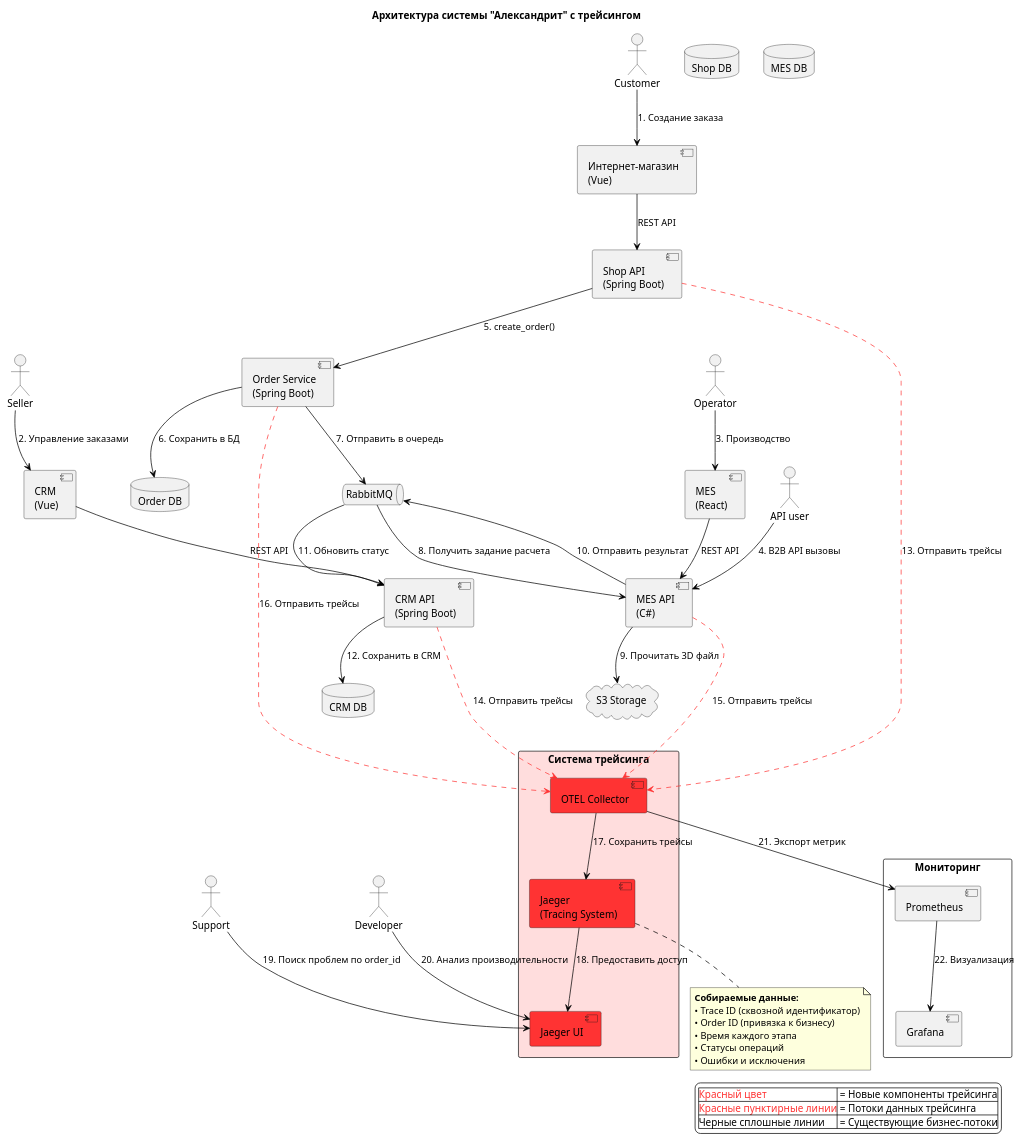
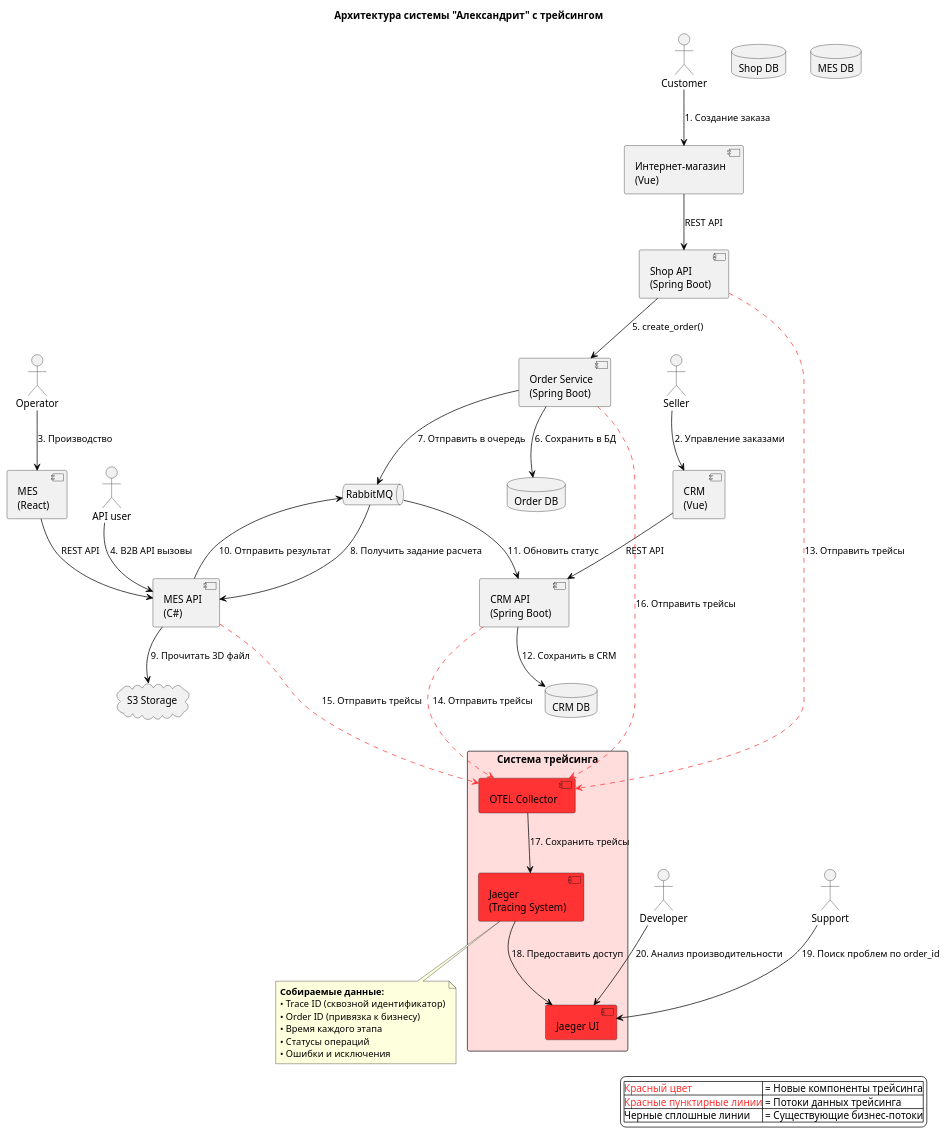
The diagram in Task3/traceDiagram.puml (VeronikaShevchuk/architecture-alexandrite), drawn with PlantUML before and after one commit. The commit also changed 2 other files, not shown here.

```diff
--- a/Task3/traceDiagram.puml
+++ b/Task3/traceDiagram.puml
@@ -1,115 +1,103 @@
 @startuml
 title Архитектура системы "Александрит" с трейсингом
 
 skinparam {
   BackgroundColor #FFFFFF
   DefaultFontColor #000000
   FontSize 12
   ArrowColor #000000
   BorderColor #666666
 }
 
 ' Пользователи
 actor "Customer" as customer
 actor "Seller" as seller  
 actor "API user" as api_user
 actor "Operator" as operator
 actor "Support" as support
 actor "Developer" as developer
 
 ' Фронтенд-приложения
 component "Интернет-магазин\n(Vue)" as shop_front
 component "CRM\n(Vue)" as crm_front  
 component "MES\n(React)" as mes_front
 
 ' Бэкенд-сервисы
 component "Shop API\n(Spring Boot)" as shop_api
 component "CRM API\n(Spring Boot)" as crm_api
 component "MES API\n(C#)" as mes_api
 component "Order Service\n(Spring Boot)" as order_service
 
 ' Инфраструктура
 queue "RabbitMQ" as rabbitmq
 database "Shop DB" as shop_db
 database "CRM DB" as crm_db
 database "MES DB" as mes_db
 database "Order DB" as order_db
 cloud "S3 Storage" as s3_storage
 
 ' Система трейсинга (новые компоненты - красным)
 rectangle "Система трейсинга" #FDD {
   component "Jaeger\n(Tracing System)" as jaeger #FF3333
   component "OTEL Collector" as otel_collector #FF3333
   component "Jaeger UI" as jaeger_ui #FF3333
 }
 
-' Мониторинг
-rectangle "Мониторинг" {
-  component "Prometheus" as prometheus
-  component "Grafana" as grafana
-}
-
 ' ------------------------------------------------------------
 ' 1. Пользовательские взаимодействия
 customer --> shop_front : "1. Создание заказа"
 shop_front --> shop_api : "REST API"
 
 seller --> crm_front : "2. Управление заказами"
 crm_front --> crm_api : "REST API"
 
 operator --> mes_front : "3. Производство"
 mes_front --> mes_api : "REST API"
 
 api_user --> mes_api : "4. B2B API вызовы"
 
 ' ------------------------------------------------------------
 ' 2. Бизнес-процессы заказа
 shop_api --> order_service : "5. create_order()"
 order_service --> order_db : "6. Сохранить в БД"
 order_service --> rabbitmq : "7. Отправить в очередь"
 
 rabbitmq --> mes_api : "8. Получить задание расчета"
 mes_api --> s3_storage : "9. Прочитать 3D файл"
 mes_api --> rabbitmq : "10. Отправить результат"
 
 rabbitmq --> crm_api : "11. Обновить статус"
 crm_api --> crm_db : "12. Сохранить в CRM"
 
 ' ------------------------------------------------------------
 ' 3. ТРЕЙСИНГ - новые связи (красные пунктирные линии)
 shop_api ..[#FF3333,dashed].> otel_collector : "13. Отправить трейсы"
 crm_api ..[#FF3333,dashed].> otel_collector : "14. Отправить трейсы"
 mes_api ..[#FF3333,dashed].> otel_collector : "15. Отправить трейсы"
 order_service ..[#FF3333,dashed].> otel_collector : "16. Отправить трейсы"
 
 otel_collector --> jaeger : "17. Сохранить трейсы"
 jaeger --> jaeger_ui : "18. Предоставить доступ"
 
 ' ------------------------------------------------------------
 ' 4. Доступ к системе трейсинга
 support --> jaeger_ui : "19. Поиск проблем по order_id"
 developer --> jaeger_ui : "20. Анализ производительности"
-
-' ------------------------------------------------------------
-' 5. Интеграция с мониторингом
-otel_collector --> prometheus : "21. Экспорт метрик"
-prometheus --> grafana : "22. Визуализация"
-
 ' ------------------------------------------------------------
 ' Легенда
 legend right
   |<color:#FF3333>Красный цвет</color>| = Новые компоненты трейсинга|
   |<color:#FF3333>Красные пунктирные линии</color>| = Потоки данных трейсинга|
   |Черные сплошные линии| = Существующие бизнес-потоки|
 endlegend
 
 note bottom of jaeger
   <b>Собираемые данные:</b>
   • Trace ID (сквозной идентификатор)
   • Order ID (привязка к бизнесу)
   • Время каждого этапа
   • Статусы операций
   • Ошибки и исключения
 end note
 
 @enduml
```
